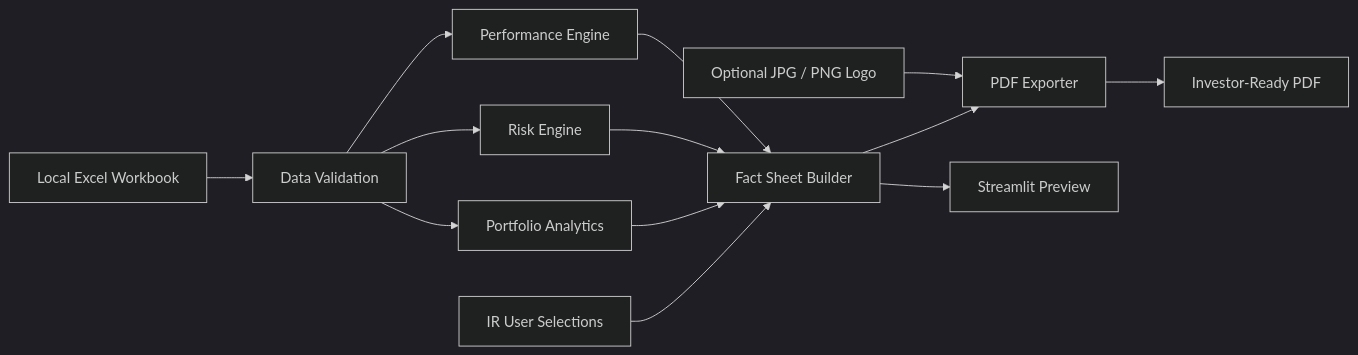
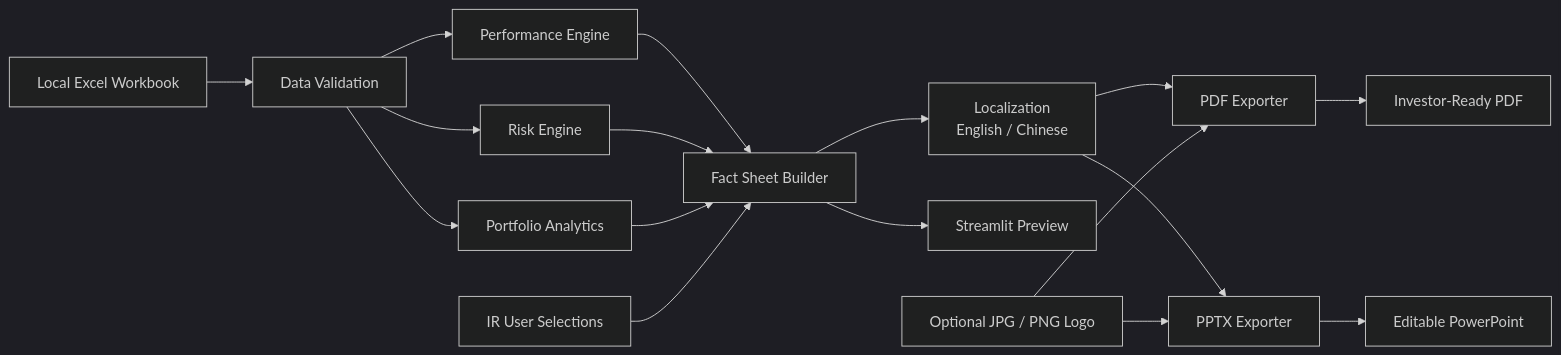
One commit to YuqingY621/ir-fund-fact-sheet-generator changed the diagram in README.md. Above: the diagram before and after it, drawn with Mermaid (dark theme). The commit also changed other lines of this file, not shown here.

````diff
--- a/README.md
+++ b/README.md
@@ -19,15 +19,26 @@
 ```mermaid
 flowchart LR
     A[Local Excel Workbook] --> B[Data Validation]
+
     B --> C[Performance Engine]
     B --> D[Risk Engine]
     B --> E[Portfolio Analytics]
+
     C --> F[Fact Sheet Builder]
     D --> F
     E --> F
+
     G[IR User Selections] --> F
-    H[Optional JPG / PNG Logo] --> I[PDF Exporter]
-    F --> J[Streamlit Preview]
-    F --> I
-    I --> K[Investor-Ready PDF]
+
+    F --> H[Localization<br/>English / Chinese]
+    F --> I[Streamlit Preview]
+
+    H --> J[PDF Exporter]
+    H --> K[PPTX Exporter]
+
+    L[Optional JPG / PNG Logo] --> J
+    L --> K
+
+    J --> M[Investor-Ready PDF]
+    K --> N[Editable PowerPoint]
 ```
````
